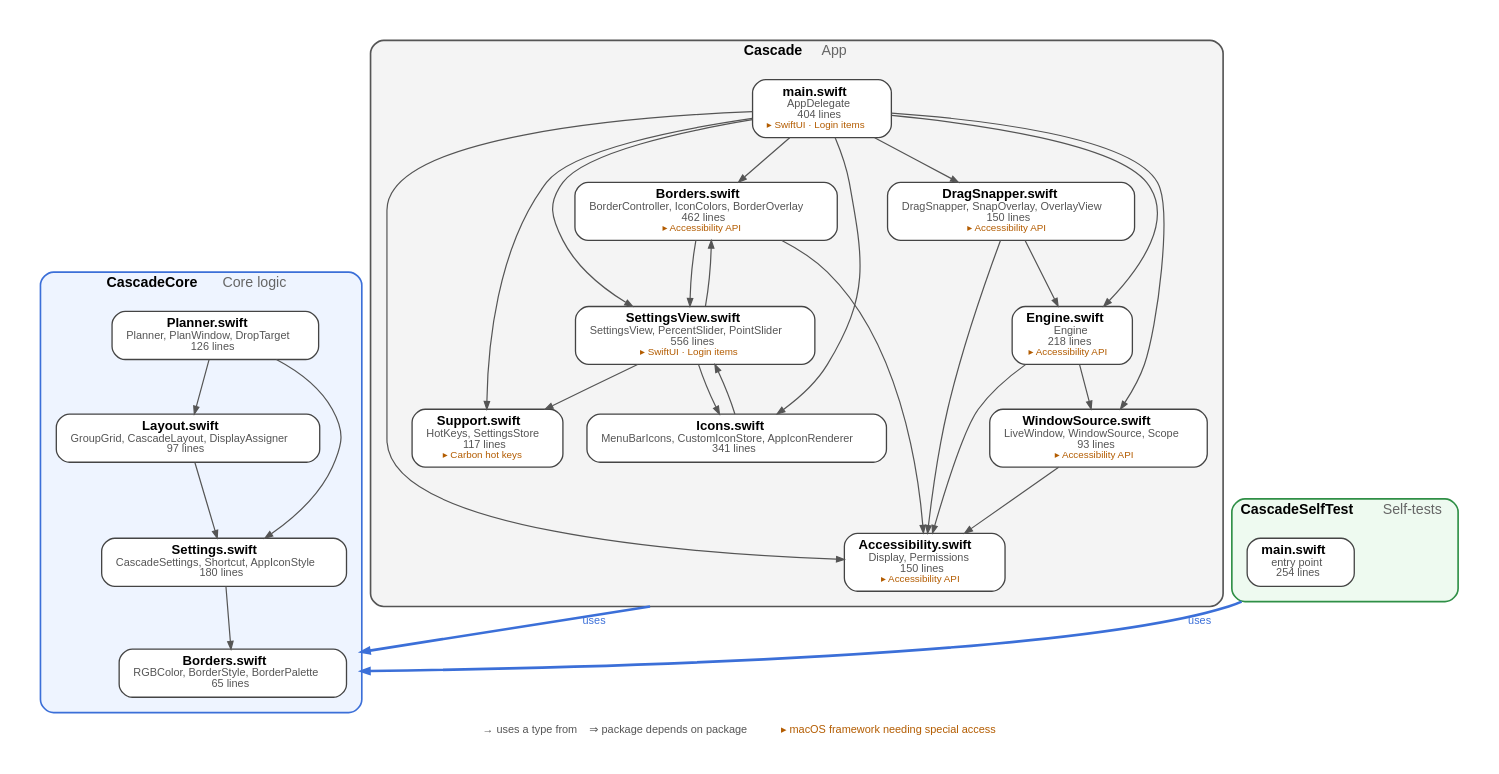
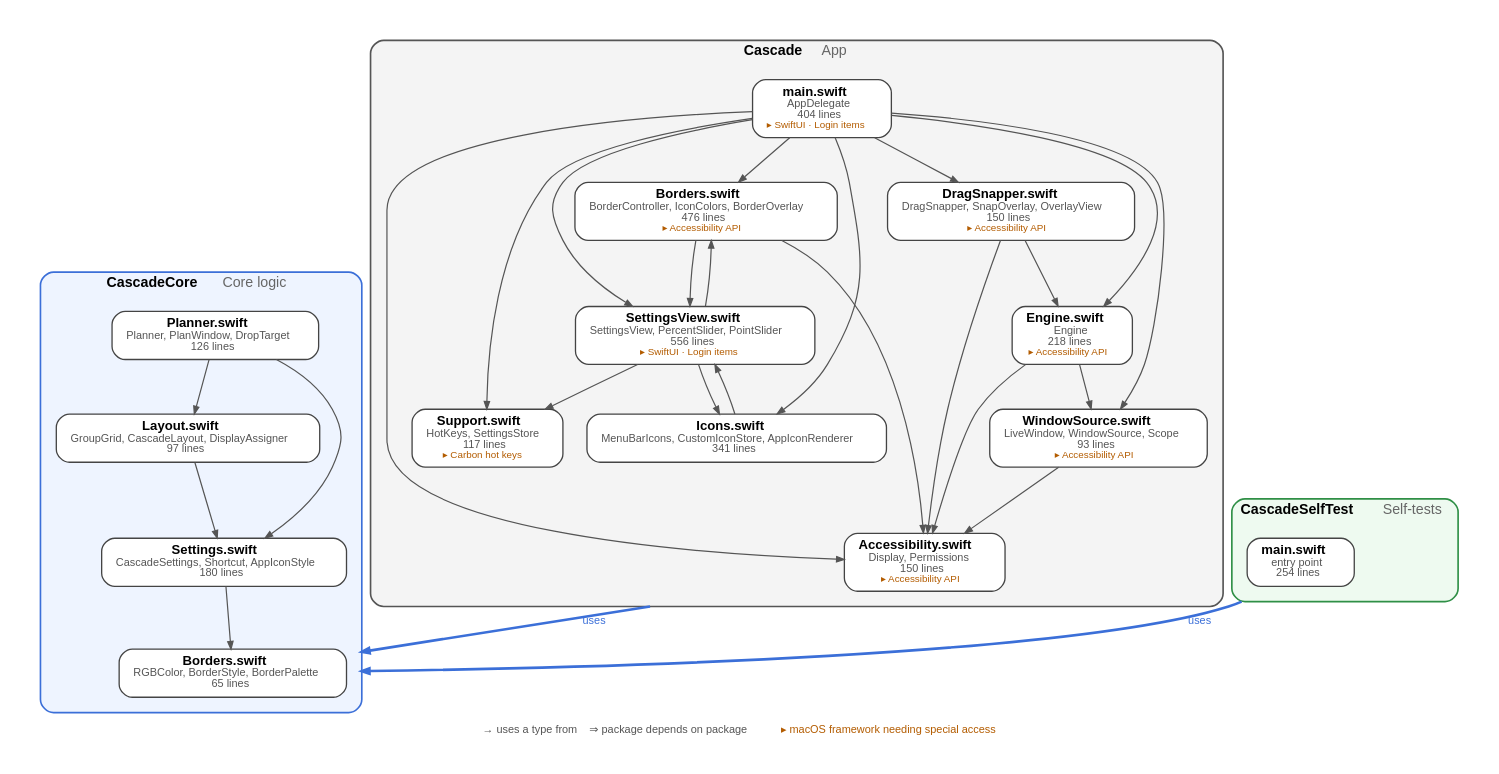
Before and after one commit to hasansayani/MacOSApps-Cascade: the diagram in docs/code-graph.dot, drawn with Graphviz. The commit also changed 3 other files, not shown here.

```diff
--- a/docs/code-graph.dot
+++ b/docs/code-graph.dot
@@ -1,57 +1,57 @@
 digraph Cascade {
   graph [rankdir=TB, compound=true, nodesep=0.3, ranksep=0.55, pad=0.3, bgcolor="white", fontname="Helvetica", fontsize=13];
   node [shape=box, style="rounded,filled", fillcolor=white, color="#444444", penwidth=1.2, fontname="Helvetica", fontsize=12, margin="0.18,0.08"];
   edge [color="#555555", arrowsize=0.7, penwidth=1.1];
   subgraph cluster_CascadeCore {
     label=<<b>CascadeCore</b>  <font color="#666666">Core logic</font>>;
     style="rounded,filled"; fillcolor="#eef4ff"; color="#3b6fd8"; penwidth=1.5; margin=14;
     CascadeCore_Borders [label=<<b>Borders.swift</b><br/><font point-size="10" color="#555555">RGBColor, BorderStyle, BorderPalette<br/>65 lines</font>>];
     CascadeCore_Layout [label=<<b>Layout.swift</b><br/><font point-size="10" color="#555555">GroupGrid, CascadeLayout, DisplayAssigner<br/>97 lines</font>>];
     CascadeCore_Planner [label=<<b>Planner.swift</b><br/><font point-size="10" color="#555555">Planner, PlanWindow, DropTarget<br/>126 lines</font>>];
     CascadeCore_Settings [label=<<b>Settings.swift</b><br/><font point-size="10" color="#555555">CascadeSettings, Shortcut, AppIconStyle<br/>180 lines</font>>];
   }
   subgraph cluster_Cascade {
     label=<<b>Cascade</b>  <font color="#666666">App</font>>;
     style="rounded,filled"; fillcolor="#f4f4f4"; color="#555555"; penwidth=1.5; margin=14;
     Cascade_Accessibility [label=<<b>Accessibility.swift</b><br/><font point-size="10" color="#555555">Display, Permissions<br/>150 lines</font><br/><font point-size="9.5" color="#b35c00">▸ Accessibility API</font>>];
-    Cascade_Borders [label=<<b>Borders.swift</b><br/><font point-size="10" color="#555555">BorderController, IconColors, BorderOverlay<br/>462 lines</font><br/><font point-size="9.5" color="#b35c00">▸ Accessibility API</font>>];
+    Cascade_Borders [label=<<b>Borders.swift</b><br/><font point-size="10" color="#555555">BorderController, IconColors, BorderOverlay<br/>476 lines</font><br/><font point-size="9.5" color="#b35c00">▸ Accessibility API</font>>];
     Cascade_DragSnapper [label=<<b>DragSnapper.swift</b><br/><font point-size="10" color="#555555">DragSnapper, SnapOverlay, OverlayView<br/>150 lines</font><br/><font point-size="9.5" color="#b35c00">▸ Accessibility API</font>>];
     Cascade_Engine [label=<<b>Engine.swift</b><br/><font point-size="10" color="#555555">Engine<br/>218 lines</font><br/><font point-size="9.5" color="#b35c00">▸ Accessibility API</font>>];
     Cascade_Icons [label=<<b>Icons.swift</b><br/><font point-size="10" color="#555555">MenuBarIcons, CustomIconStore, AppIconRenderer<br/>341 lines</font>>];
     Cascade_SettingsView [label=<<b>SettingsView.swift</b><br/><font point-size="10" color="#555555">SettingsView, PercentSlider, PointSlider<br/>556 lines</font><br/><font point-size="9.5" color="#b35c00">▸ SwiftUI · Login items</font>>];
     Cascade_Support [label=<<b>Support.swift</b><br/><font point-size="10" color="#555555">HotKeys, SettingsStore<br/>117 lines</font><br/><font point-size="9.5" color="#b35c00">▸ Carbon hot keys</font>>];
     Cascade_WindowSource [label=<<b>WindowSource.swift</b><br/><font point-size="10" color="#555555">LiveWindow, WindowSource, Scope<br/>93 lines</font><br/><font point-size="9.5" color="#b35c00">▸ Accessibility API</font>>];
     Cascade_main [label=<<b>main.swift</b><br/><font point-size="10" color="#555555">AppDelegate<br/>404 lines</font><br/><font point-size="9.5" color="#b35c00">▸ SwiftUI · Login items</font>>];
   }
   subgraph cluster_CascadeSelfTest {
     label=<<b>CascadeSelfTest</b>  <font color="#666666">Self-tests</font>>;
     style="rounded,filled"; fillcolor="#eefaf0"; color="#2f8f46"; penwidth=1.5; margin=14;
     CascadeSelfTest_main [label=<<b>main.swift</b><br/><font point-size="10" color="#555555">entry point<br/>254 lines</font>>];
   }
   labelloc=b; label=<<font point-size="10" color="#555555">→ uses a type from    ⇒ package depends on package    <font color="#b35c00">▸ macOS framework needing special access</font></font>>;
   CascadeCore_Layout -> CascadeCore_Settings;
   CascadeCore_Planner -> CascadeCore_Layout;
   CascadeCore_Planner -> CascadeCore_Settings;
   CascadeCore_Settings -> CascadeCore_Borders;
   Cascade_Borders -> Cascade_Accessibility;
   Cascade_Borders -> Cascade_SettingsView;
   Cascade_DragSnapper -> Cascade_Accessibility;
   Cascade_DragSnapper -> Cascade_Engine;
   Cascade_Engine -> Cascade_Accessibility;
   Cascade_Engine -> Cascade_WindowSource;
   Cascade_Icons -> Cascade_SettingsView;
   Cascade_SettingsView -> Cascade_Borders;
   Cascade_SettingsView -> Cascade_Icons;
   Cascade_SettingsView -> Cascade_Support;
   Cascade_WindowSource -> Cascade_Accessibility;
   Cascade_main -> Cascade_Accessibility;
   Cascade_main -> Cascade_Borders;
   Cascade_main -> Cascade_DragSnapper;
   Cascade_main -> Cascade_Engine;
   Cascade_main -> Cascade_Icons;
   Cascade_main -> Cascade_SettingsView;
   Cascade_main -> Cascade_Support;
   Cascade_main -> Cascade_WindowSource;
   Cascade_Accessibility -> CascadeCore_Borders [ltail=cluster_Cascade, lhead=cluster_CascadeCore, penwidth=2.4, color="#3b6fd8", label=" uses ", fontname="Helvetica", fontsize=10, fontcolor="#3b6fd8"];
   CascadeSelfTest_main -> CascadeCore_Borders [ltail=cluster_CascadeSelfTest, lhead=cluster_CascadeCore, penwidth=2.4, color="#3b6fd8", label=" uses ", fontname="Helvetica", fontsize=10, fontcolor="#3b6fd8"];
 }
```
